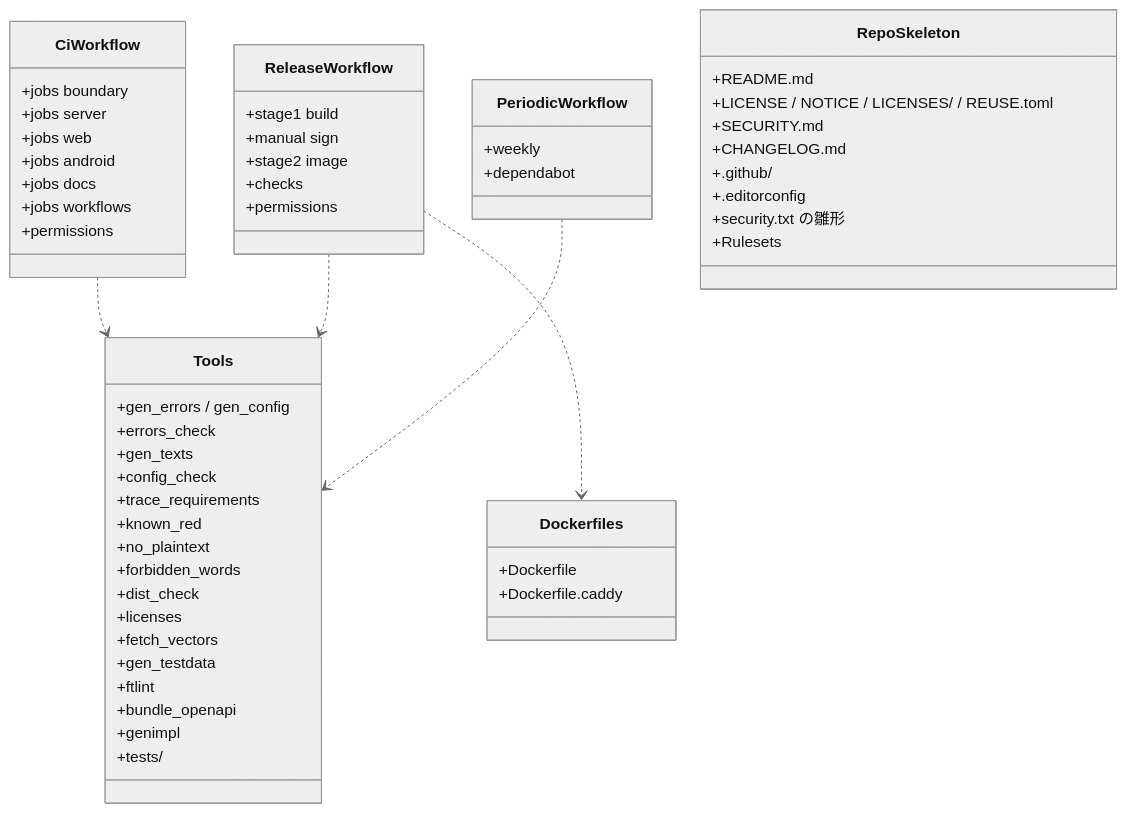
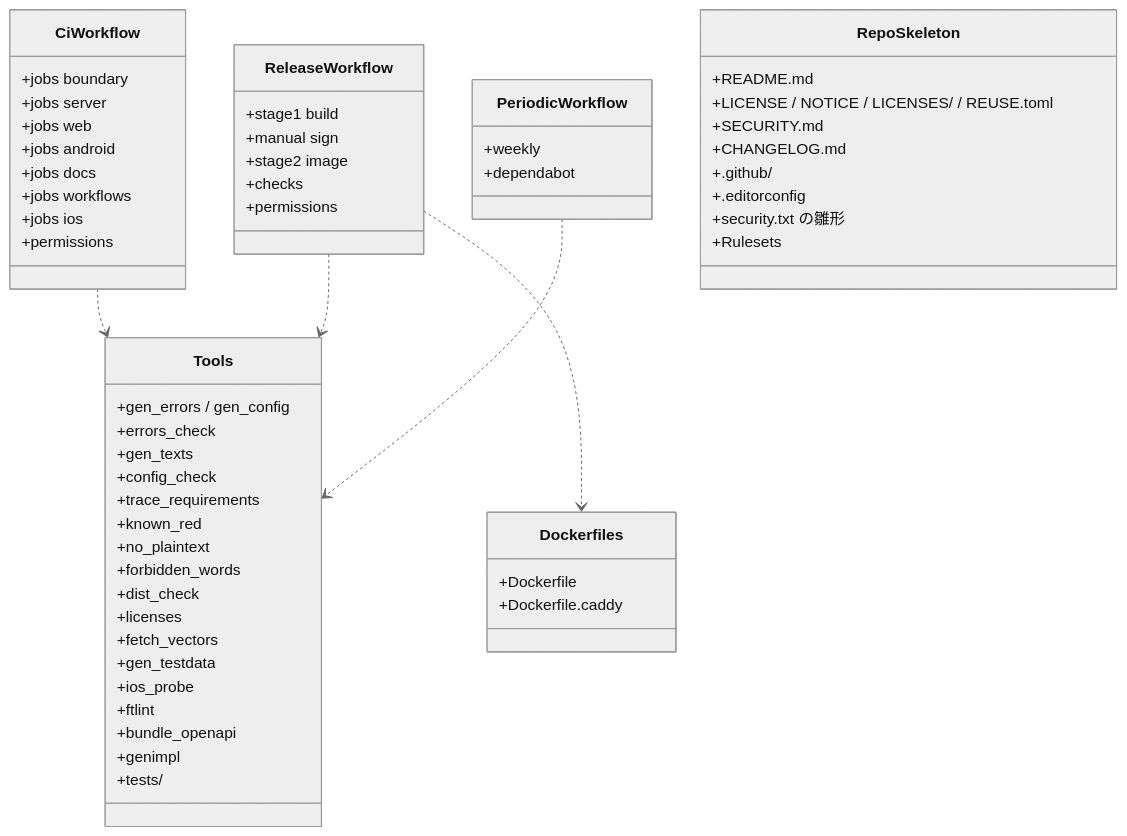
One commit to nrsd-ishikawasou/family-talk-pwa changed the diagram in dev/docs/jp/ブロック/ci-tools.md. Above: the diagram before and after it, drawn with Mermaid (neutral theme). The commit also changed other lines of this file and 75 other files, not shown here.

````diff
--- a/dev/docs/jp/ブロック/ci-tools.md
+++ b/dev/docs/jp/ブロック/ci-tools.md
@@ -48,59 +48,61 @@
 ```mermaid
 classDiagram
   class CiWorkflow {
     +jobs boundary
     +jobs server
     +jobs web
     +jobs android
     +jobs docs
     +jobs workflows
+    +jobs ios
     +permissions
   }
   class ReleaseWorkflow {
     +stage1 build
     +manual sign
     +stage2 image
     +checks
     +permissions
   }
   class PeriodicWorkflow {
     +weekly
     +dependabot
   }
   class Dockerfiles {
     +Dockerfile
     +Dockerfile.caddy
   }
   class Tools {
     +gen_errors / gen_config
     +errors_check
     +gen_texts
     +config_check
     +trace_requirements
     +known_red
     +no_plaintext
     +forbidden_words
     +dist_check
     +licenses
     +fetch_vectors
     +gen_testdata
+    +ios_probe
     +ftlint
     +bundle_openapi
     +genimpl
     +tests/
   }
   class RepoSkeleton {
     +README.md
     +LICENSE / NOTICE / LICENSES/ / REUSE.toml
     +SECURITY.md
     +CHANGELOG.md
     +.github/
     +.editorconfig
     +security.txt の雛形
     +Rulesets
   }
   CiWorkflow ..> Tools
   ReleaseWorkflow ..> Dockerfiles
   ReleaseWorkflow ..> Tools
   PeriodicWorkflow ..> Tools
 ```
````
